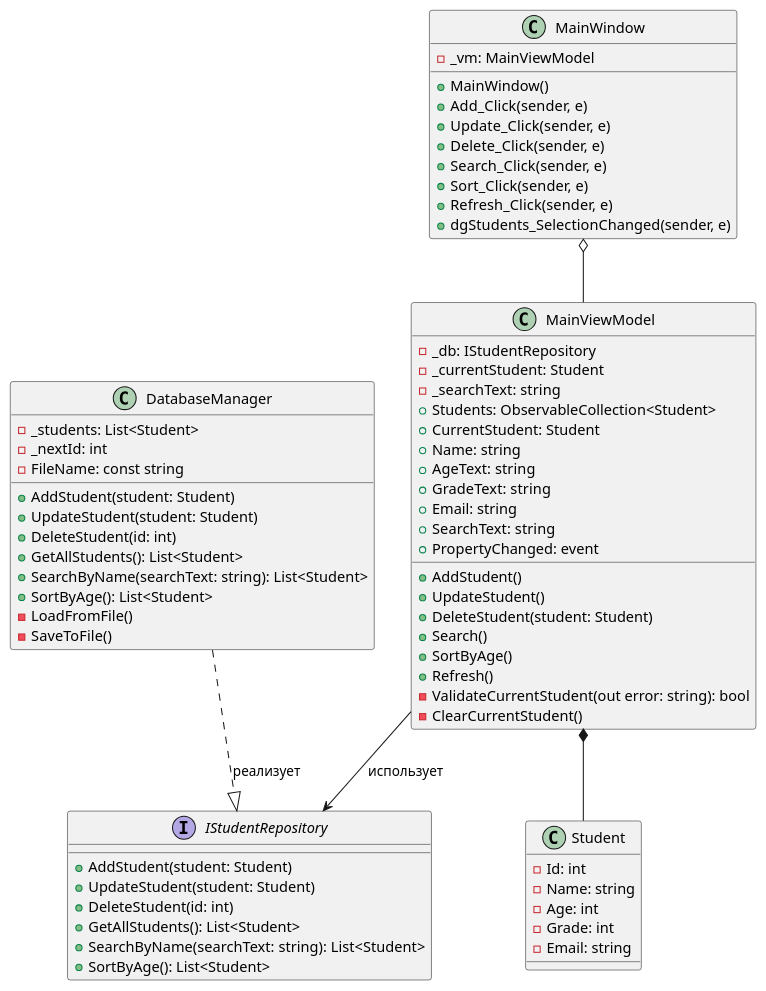
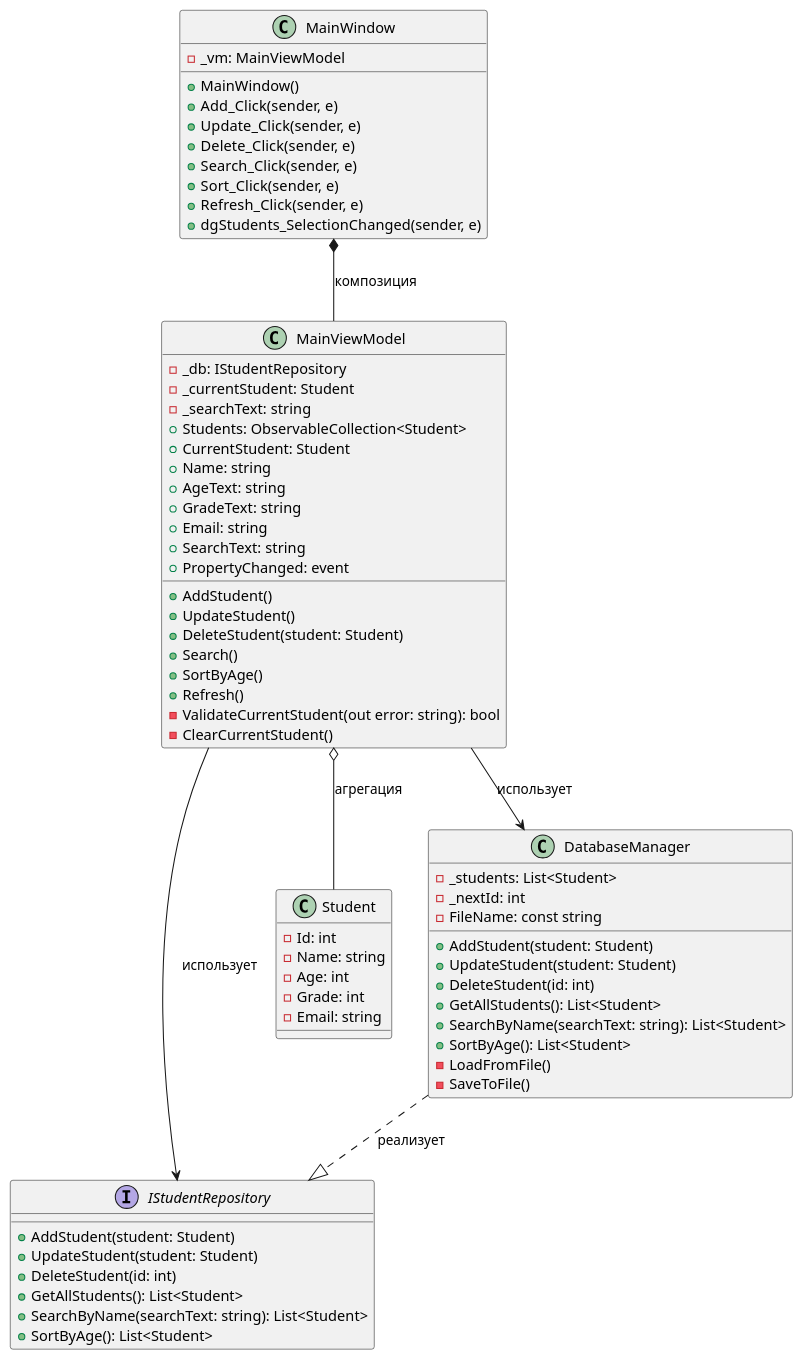
Before and after one commit to nesquikprogs/oop-2: the diagram in Lab Work 2 - Database/DatabaseLab/UML.md, drawn with PlantUML. The commit also changed 5 other files, not shown here.

```diff
--- a/Lab Work 2 - Database/DatabaseLab/UML.md
+++ b/Lab Work 2 - Database/DatabaseLab/UML.md
@@ -1,72 +1,73 @@
 @startuml
 interface IStudentRepository {
     + AddStudent(student: Student)
     + UpdateStudent(student: Student)
     + DeleteStudent(id: int)
     + GetAllStudents(): List<Student>
     + SearchByName(searchText: string): List<Student>
     + SortByAge(): List<Student>
 }
 
 class Student {
     - Id: int
     - Name: string
     - Age: int
     - Grade: int
     - Email: string
 }
 
 class DatabaseManager {
     - _students: List<Student>
     - _nextId: int
     - FileName: const string
     + AddStudent(student: Student)
     + UpdateStudent(student: Student)
     + DeleteStudent(id: int)
     + GetAllStudents(): List<Student>
     + SearchByName(searchText: string): List<Student>
     + SortByAge(): List<Student>
     - LoadFromFile()
     - SaveToFile()
 }
 
 DatabaseManager ..|> IStudentRepository: реализует
 
 class MainViewModel {
     - _db: IStudentRepository
     - _currentStudent: Student
     - _searchText: string
     + Students: ObservableCollection<Student>
     + CurrentStudent: Student
     + Name: string
     + AgeText: string
     + GradeText: string
     + Email: string
     + SearchText: string
     + AddStudent()
     + UpdateStudent()
     + DeleteStudent(student: Student)
     + Search()
     + SortByAge()
     + Refresh()
     - ValidateCurrentStudent(out error: string): bool
     - ClearCurrentStudent()
     + PropertyChanged: event
 }
 
 class MainWindow {
     - _vm: MainViewModel
     + MainWindow()
     + Add_Click(sender, e)
     + Update_Click(sender, e)
     + Delete_Click(sender, e)
     + Search_Click(sender, e)
     + Sort_Click(sender, e)
     + Refresh_Click(sender, e)
     + dgStudents_SelectionChanged(sender, e)
 }
 
-MainViewModel --> IStudentRepository: использует
-MainViewModel *-- Student
-MainWindow o-- MainViewModel
+MainViewModel --> IStudentRepository : использует
+MainViewModel --> DatabaseManager : использует
+MainViewModel o-- Student : агрегация
+MainWindow *-- MainViewModel : композиция
 @enduml
```
